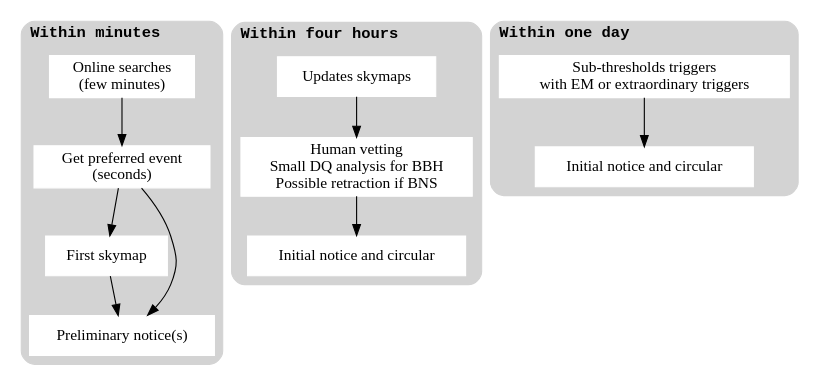
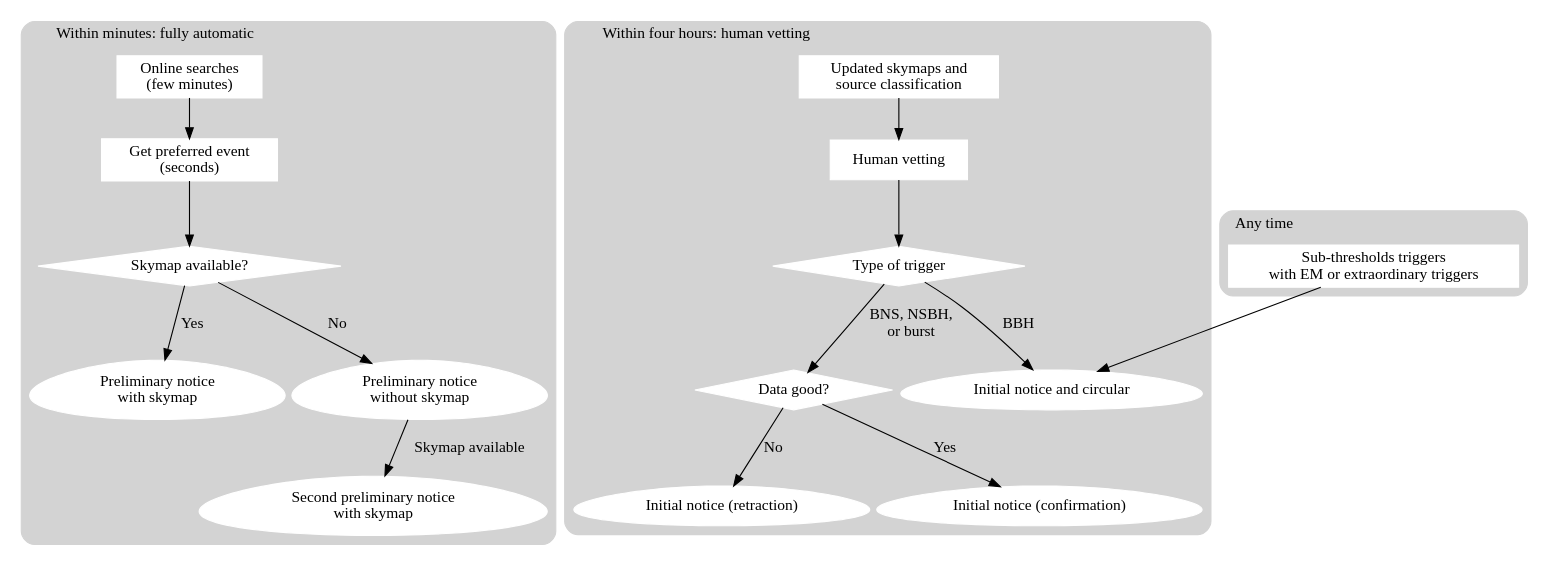
The diagram in procedures/index.rst (lpsinger/userguide), drawn with Graphviz before and after one commit. The commit also changed other lines of this file, not shown here.

Commit message:
Updated digraph

```diff
--- a/procedures/index.rst
+++ b/procedures/index.rst
@@ -93,19 +93,32 @@
             label = "Get preferred event\n(seconds)"
         ]
 
-        first_skymap [
-            label = "First skymap"
+        skymap_available [
+            label = "Skymap available?"
+            shape = diamond
         ]
 
-        preliminary_notice [
-            label = "Preliminary notice(s)"
+        preliminary_notice_map [
+            label = "Preliminary notice \nwith skymap"
+            shape = egg
+        ]
+
+        preliminary_notice_nomap [
+            label = "Preliminary notice \nwithout skymap"
+            shape = egg
+        ]
+
+        preliminary_notice_2_map [
+            label = "Second preliminary notice \nwith skymap"
+            shape = egg
         ]
 
         online_searches -> preferred_event;
-        preferred_event -> first_skymap;
-        preferred_event -> preliminary_notice;
-        first_skymap -> preliminary_notice;
-        label = <<B><FONT face="monospace">Within minutes</FONT></B>>
+        preferred_event -> skymap_available;
+        skymap_available -> preliminary_notice_map [label = Yes];
+        skymap_available -> preliminary_notice_nomap [label = No];
+        preliminary_notice_nomap -> preliminary_notice_2_map [label = "Skymap available"];
+        label = "Within minutes: fully automatic"
     }
 
     subgraph cluster_hours {
@@ -113,21 +126,47 @@
         color = lightgrey;
         node [style=filled,color=white];
 
-        updates_skymaps [
-            label = "Updates skymaps"
+        updated_skymaps [
+            label = "Updated skymaps and \nsource classification"
         ]
 
         human_vetting [
-            label = "Human vetting\nSmall DQ analysis for BBH\nPossible retraction if BNS"
+            label = "Human vetting"
         ]
 
-        initial_1 [
-            label = "Initial notice and circular"
+        trigger_type [
+            label = "Type of trigger"
+            shape = diamond
+        ]
+        
+        data_good [
+            label = "Data good?"
+            shape = diamond
         ]
 
-        updates_skymaps -> human_vetting;
-        human_vetting -> initial_1;
-        label = <<B><FONT face="monospace">Within four hours</FONT></B>>
+        initial [
+            label = "Initial notice and circular"
+            shape = egg
+        ]
+
+        retraction [
+            label = "Initial notice (retraction)"
+            shape = egg
+        ]
+
+        confirm [
+            label = "Initial notice (confirmation)"
+            shape = egg
+        ]
+
+        updated_skymaps -> human_vetting;
+        human_vetting -> trigger_type;
+        trigger_type -> initial [label=BBH];
+        trigger_type -> data_good [label="BNS, NSBH,\n or burst"]
+        data_good -> confirm [label=Yes]
+        data_good -> retraction [label=No]
+
+        label = "Within four hours: human vetting"
     }
 
     subgraph cluster_day {
@@ -138,11 +177,6 @@
         sub_thres [
             label = "Sub-thresholds triggers\nwith EM or extraordinary triggers"
         ]
-
-        initial_2 [
-            label = "Initial notice and circular"
-        ]
-
-        sub_thres -> initial_2;
-        label = <<B><FONT face="monospace">Within one day</FONT></B>>
+        sub_thres -> initial;
+        label = "Any time"
     }
```
